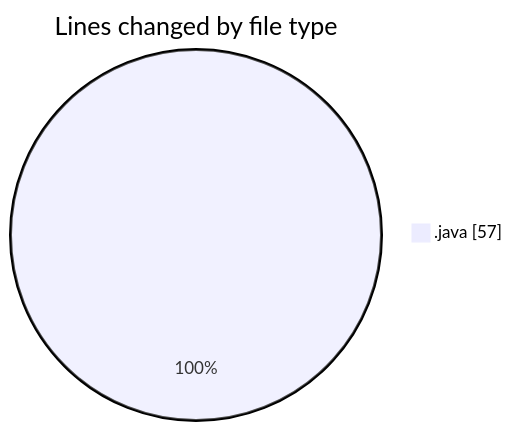
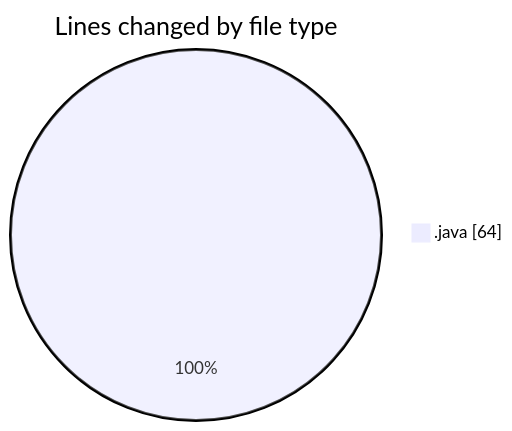
Before and after one commit to hasnaa123/code-tracking: the first of 2 diagrams in 2026-02-17/classes/README.md, drawn with Mermaid. The commit also changed other lines of this file and 1 other file, not shown here.

````diff
--- a/2026-02-17/classes/README.md
+++ b/2026-02-17/classes/README.md
@@ -22,5 +22,5 @@
 ```mermaid
 pie showData
 title Lines changed by file type
-".java" : 57
+".java" : 64
 ```
````
